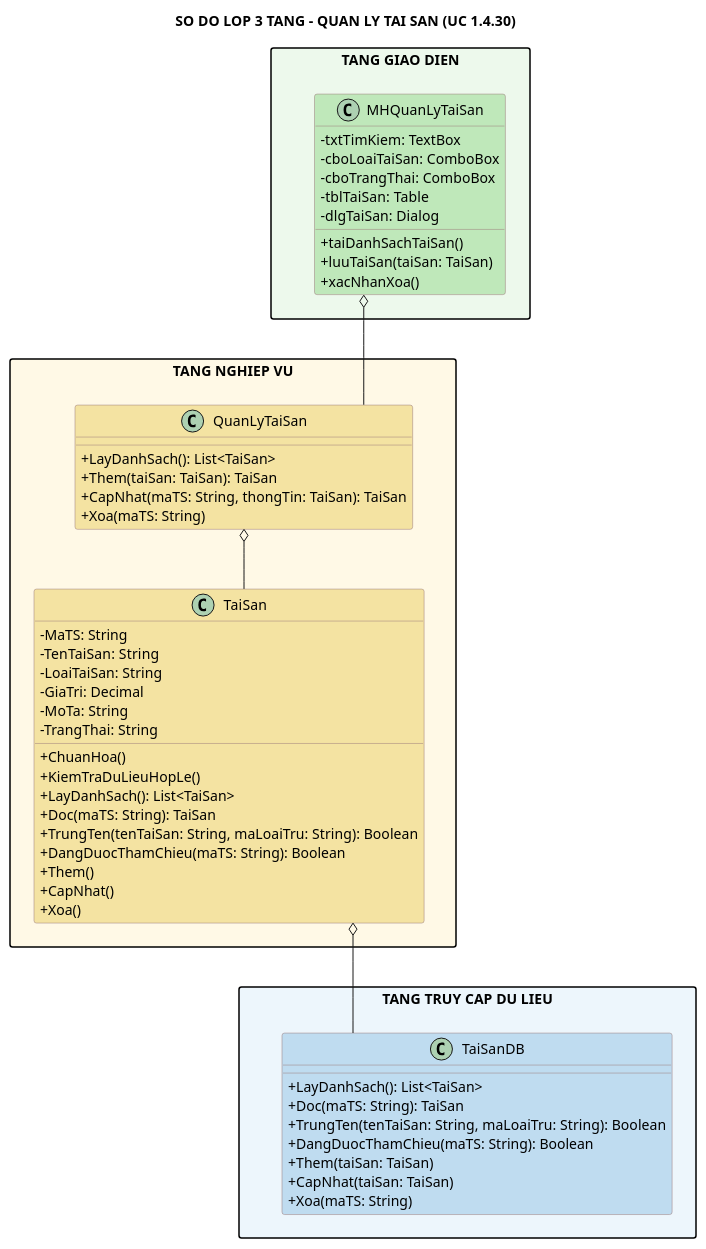
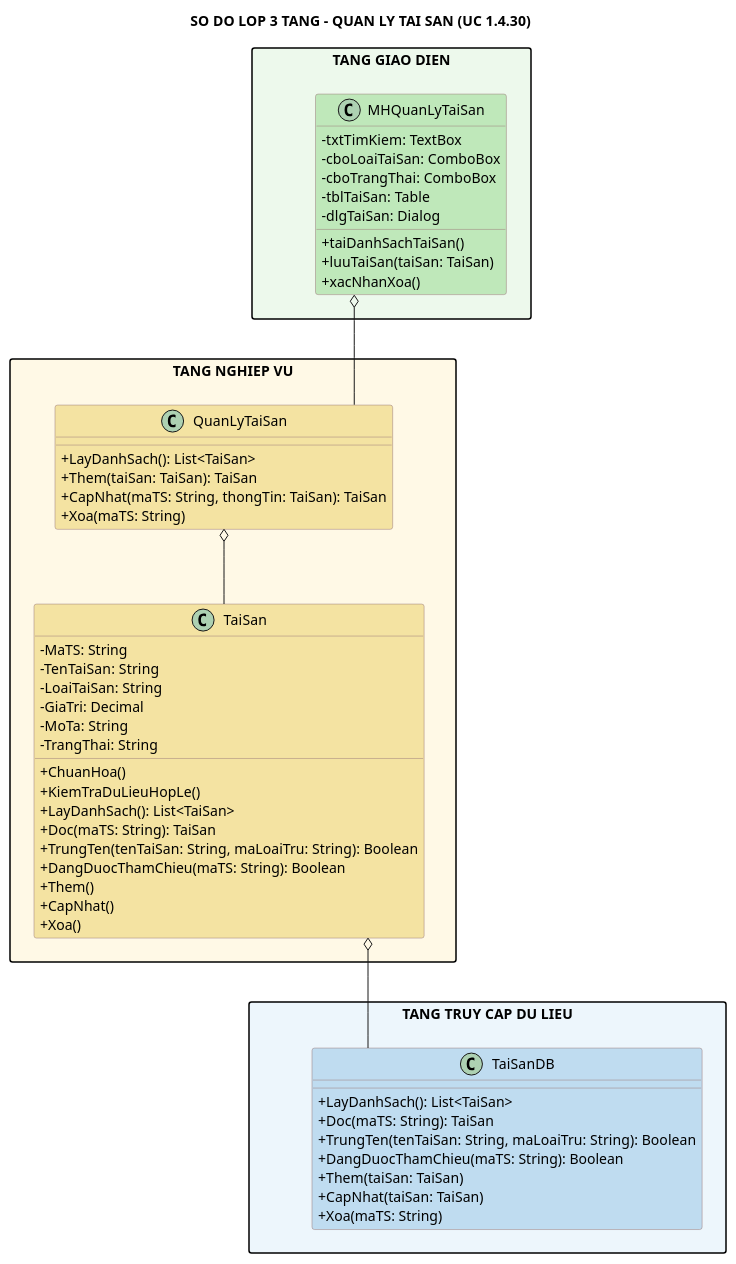
The diagram in docs/uml/quan-ly-tai-san-class.puml (Ming1309/HomeStay-Dorm), drawn with PlantUML before and after one commit. The commit also changed 30 other files, not shown here.

Commit message:
docs(uml): increase node and rank spacing for all class diagrams

```diff
--- a/docs/uml/quan-ly-tai-san-class.puml
+++ b/docs/uml/quan-ly-tai-san-class.puml
@@ -1,68 +1,70 @@
 @startuml
 title SO DO LOP 3 TANG - QUAN LY TAI SAN (UC 1.4.30)
 top to bottom direction
 skinparam shadowing false
 skinparam linetype ortho
+skinparam nodesep 55
+skinparam ranksep 75
 skinparam packageStyle rectangle
 skinparam classAttributeIconSize 0
 skinparam class {
   BackgroundColor #FFFACD
   BorderColor #9B7B7B
 }
 
 package "TANG GIAO DIEN" as GUI_LAYER #EDF9EC {
   class MHQuanLyTaiSan #BFE8BA {
     - txtTimKiem: TextBox
     - cboLoaiTaiSan: ComboBox
     - cboTrangThai: ComboBox
     - tblTaiSan: Table
     - dlgTaiSan: Dialog
     + taiDanhSachTaiSan()
     + luuTaiSan(taiSan: TaiSan)
     + xacNhanXoa()
   }
 }
 package "TANG NGHIEP VU" as BUS_LAYER #FFF9E6 {
   class QuanLyTaiSan #F4E3A2 {
     + LayDanhSach(): List<TaiSan>
     + Them(taiSan: TaiSan): TaiSan
     + CapNhat(maTS: String, thongTin: TaiSan): TaiSan
     + Xoa(maTS: String)
   }
   class TaiSan #F4E3A2 {
     - MaTS: String
     - TenTaiSan: String
     - LoaiTaiSan: String
     - GiaTri: Decimal
     - MoTa: String
     - TrangThai: String
     + ChuanHoa()
     + KiemTraDuLieuHopLe()
     + LayDanhSach(): List<TaiSan>
     + Doc(maTS: String): TaiSan
     + TrungTen(tenTaiSan: String, maLoaiTru: String): Boolean
     + DangDuocThamChieu(maTS: String): Boolean
     + Them()
     + CapNhat()
     + Xoa()
   }
 }
 package "TANG TRUY CAP DU LIEU" as DAL_LAYER #EDF6FC {
   class TaiSanDB #BFDCF0 {
     + LayDanhSach(): List<TaiSan>
     + Doc(maTS: String): TaiSan
     + TrungTen(tenTaiSan: String, maLoaiTru: String): Boolean
     + DangDuocThamChieu(maTS: String): Boolean
     + Them(taiSan: TaiSan)
     + CapNhat(taiSan: TaiSan)
     + Xoa(maTS: String)
   }
 }
 MHQuanLyTaiSan o-- QuanLyTaiSan
 QuanLyTaiSan o-- TaiSan
 TaiSan o-- TaiSanDB
 
 GUI_LAYER -[hidden]down- BUS_LAYER
 BUS_LAYER -[hidden]down- DAL_LAYER
 QuanLyTaiSan -[hidden]down- TaiSanDB
 @enduml
```
